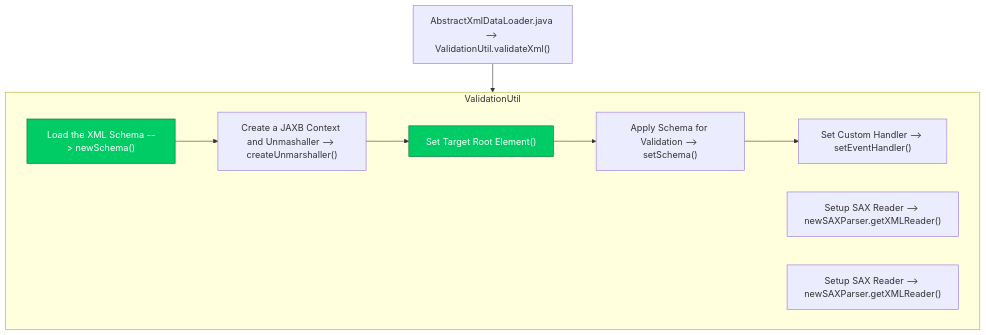
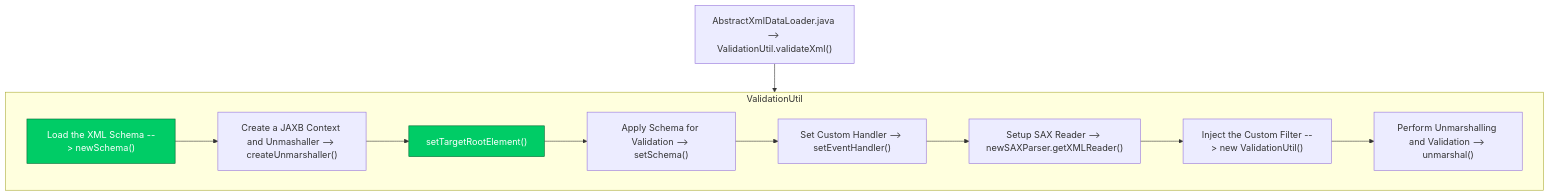
The eighth of 8 diagrams in Basic-Design/Host-Interfaces.md (luthfiadityaa/SimeDarby-Wiki), drawn with Mermaid before and after one commit.

Commit message:
Updated Host Interfaces

```diff
--- a/Basic-Design/Host-Interfaces.md
+++ b/Basic-Design/Host-Interfaces.md
@@ -637,21 +637,22 @@
 ::: mermaid
 flowchart TD
  C1["AbstractXmlDataLoader.java --> ValidationUtil.validateXml()"]
  C1 --> ValidationUtil
 
 subgraph ValidationUtil
- C2 --> C3 --> C4 --> C5 --> C6
+ C2 --> C3 --> C4 --> C5 --> C6 --> C7 --> C8 --> C9
  C2["Load the XML Schema --> newSchema()"]
  C3["Create a JAXB Context and Unmashaller --> createUnmarshaller()"]
- C4["Set Target Root Element()"]
+ C4["setTargetRootElement()"]
  C5["Apply Schema for Validation --> setSchema()"]
  C6["Set Custom Handler --> setEventHandler()"]
  C7["Setup SAX Reader --> newSAXParser.getXMLReader()"]
- C8["Setup SAX Reader --> newSAXParser.getXMLReader()"]
+ C8["Inject the Custom Filter --> new ValidationUtil()"]
+ C9["Perform Unmarshalling and Validation --> unmarshal()"]
 end
 
 click C2 "https://dev.azure.com/Daifuku-SW/ID_SimeDarbyPlantation/_wiki/wikis/ID_SimeDarbyPlantation.wiki/833/Host-Interfaces?anchor=stage-5"
 click C4 "https://dev.azure.com/Daifuku-SW/ID_SimeDarbyPlantation/_wiki/wikis/ID_SimeDarbyPlantation.wiki/833/Host-Interfaces?anchor=stage-4"
 style C2 fill:#00cc66,stroke:#006633,color:#ffffff
 style C4 fill:#00cc66,stroke:#006633,color:#ffffff
 :::
```
